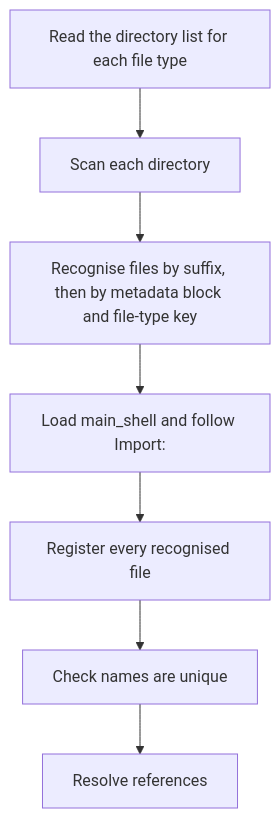
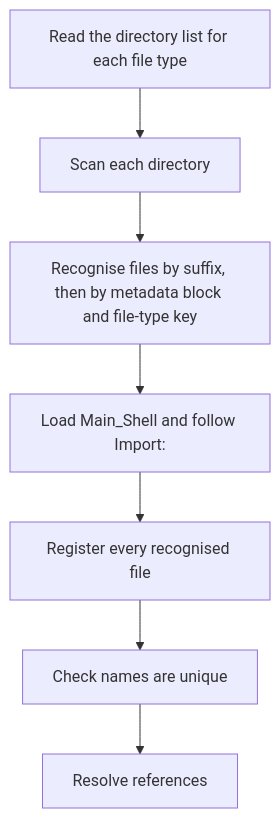
Before and after one commit to mindderivative/tess-shell: the diagram in 40 Specifications/Runtime/Config Discovery and Registry.md, drawn with Mermaid. The commit also changed other lines of this file and 29 other files, not shown here.

````diff
--- a/40 Specifications/Runtime/Config Discovery and Registry.md
+++ b/40 Specifications/Runtime/Config Discovery and Registry.md
@@ -32,9 +32,9 @@
 ```mermaid
 flowchart TD
     a[Read the directory list for each file type] --> b[Scan each directory]
     b --> c[Recognise files by suffix, then by metadata block and file-type key]
-    c --> d[Load main_shell and follow Import:]
+    c --> d[Load Main_Shell and follow Import:]
     d --> e[Register every recognised file]
     e --> f[Check names are unique]
     f --> g[Resolve references]
 ```
````
